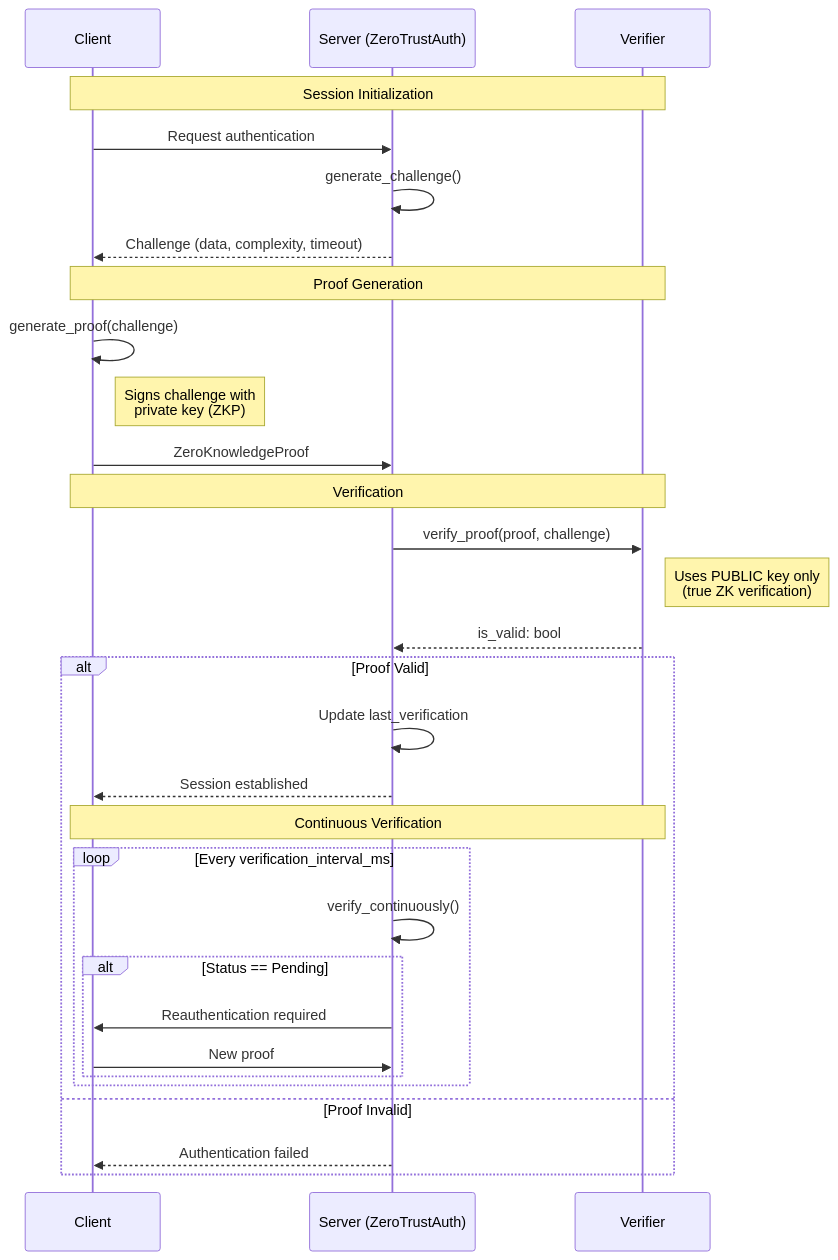
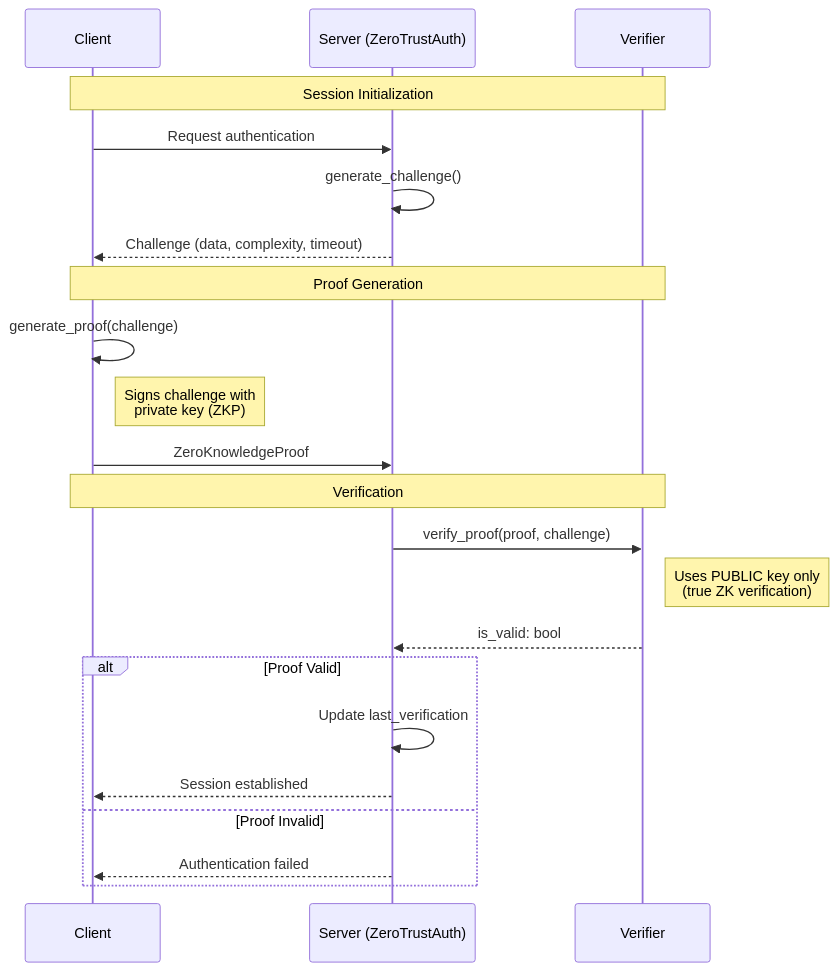
One commit to LatticeArc/latticearc changed the fourth of 13 diagrams in docs/DESIGN.md. Above: the diagram before and after it, drawn with Mermaid. The commit also changed other lines of this file, not shown here.

````diff
--- a/docs/DESIGN.md
+++ b/docs/DESIGN.md
@@ -162,37 +176,28 @@
 ```mermaid
 sequenceDiagram
     participant C as Client
     participant S as Server (ZeroTrustAuth)
     participant V as Verifier
 
     Note over C,V: Session Initialization
     C->>S: Request authentication
     S->>S: generate_challenge()
     S-->>C: Challenge (data, complexity, timeout)
 
     Note over C,V: Proof Generation
     C->>C: generate_proof(challenge)
     Note right of C: Signs challenge with<br/>private key (ZKP)
     C->>S: ZeroKnowledgeProof
 
     Note over C,V: Verification
     S->>V: verify_proof(proof, challenge)
     Note right of V: Uses PUBLIC key only<br/>(true ZK verification)
     V-->>S: is_valid: bool
 
     alt Proof Valid
         S->>S: Update last_verification
         S-->>C: Session established
-
-        Note over C,V: Continuous Verification
-        loop Every verification_interval_ms
-            S->>S: verify_continuously()
-            alt Status == Pending
-                S->>C: Reauthentication required
-                C->>S: New proof
-            end
-        end
     else Proof Invalid
         S-->>C: Authentication failed
     end
 ```
````
